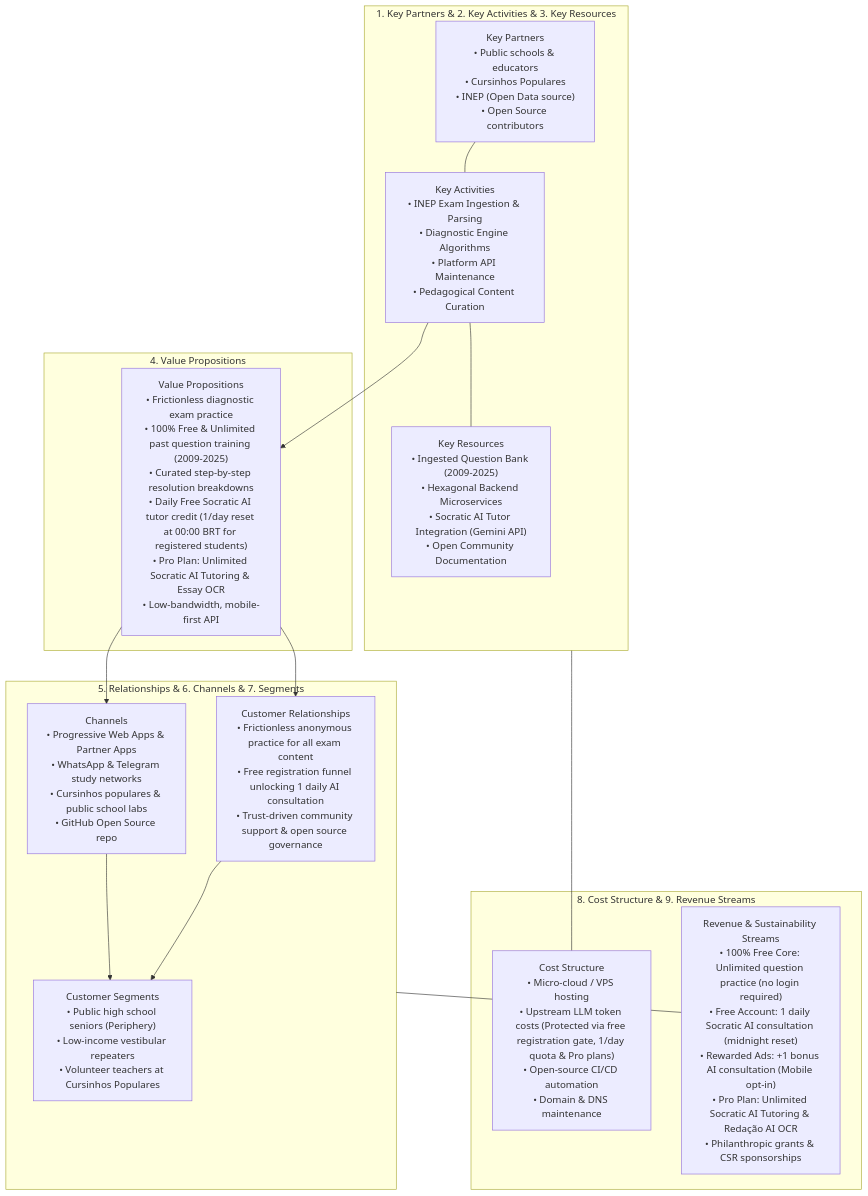
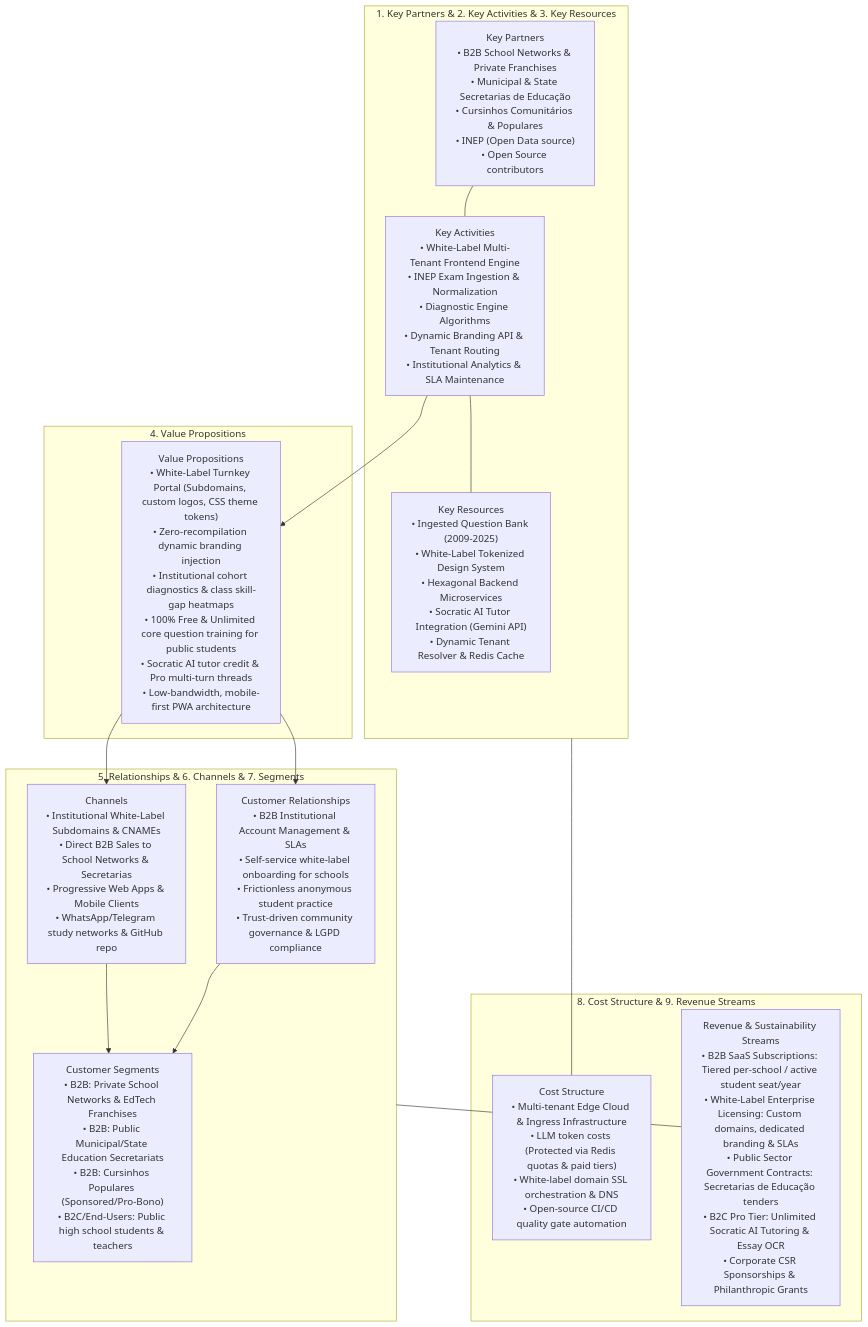
Before and after one commit to Veras-D/AprovaENEM: the first of 2 diagrams in docs/specifications/01-business-and-market-strategy.md, drawn with Mermaid. The commit also changed other lines of this file and 7 other files, not shown here.

Commit message:
docs: update frontend specifications and strategy to white-label B2B architecture

````diff
--- a/docs/specifications/01-business-and-market-strategy.md
+++ b/docs/specifications/01-business-and-market-strategy.md
@@ -19,30 +21,30 @@
 ```mermaid
 flowchart TD
     subgraph Infrastructure ["1. Key Partners & 2. Key Activities & 3. Key Resources"]
-        KP["Key Partners<br/>• Public schools & educators<br/>• Cursinhos Populares<br/>• INEP (Open Data source)<br/>• Open Source contributors"]
-        KA["Key Activities<br/>• INEP Exam Ingestion & Parsing<br/>• Diagnostic Engine Algorithms<br/>• Platform API Maintenance<br/>• Pedagogical Content Curation"]
-        KR["Key Resources<br/>• Ingested Question Bank (2009-2025)<br/>• Hexagonal Backend Microservices<br/>• Socratic AI Tutor Integration (Gemini API)<br/>• Open Community Documentation"]
+        KP["Key Partners<br/>• B2B School Networks & Private Franchises<br/>• Municipal & State Secretarias de Educação<br/>• Cursinhos Comunitários & Populares<br/>• INEP (Open Data source)<br/>• Open Source contributors"]
+        KA["Key Activities<br/>• White-Label Multi-Tenant Frontend Engine<br/>• INEP Exam Ingestion & Normalization<br/>• Diagnostic Engine Algorithms<br/>• Dynamic Branding API & Tenant Routing<br/>• Institutional Analytics & SLA Maintenance"]
+        KR["Key Resources<br/>• Ingested Question Bank (2009-2025)<br/>• White-Label Tokenized Design System<br/>• Hexagonal Backend Microservices<br/>• Socratic AI Tutor Integration (Gemini API)<br/>• Dynamic Tenant Resolver & Redis Cache"]
     end
 
     subgraph Core ["4. Value Propositions"]
-        VP["Value Propositions<br/>• Frictionless diagnostic exam practice<br/>• 100% Free & Unlimited past question training (2009-2025)<br/>• Curated step-by-step resolution breakdowns<br/>• Daily Free Socratic AI tutor credit (1/day reset at 00:00 BRT for registered students)<br/>• Pro Plan: Unlimited Socratic AI Tutoring & Essay OCR<br/>• Low-bandwidth, mobile-first API"]
+        VP["Value Propositions<br/>• White-Label Turnkey Portal (Subdomains, custom logos, CSS theme tokens)<br/>• Zero-recompilation dynamic branding injection<br/>• Institutional cohort diagnostics & class skill-gap heatmaps<br/>• 100% Free & Unlimited core question training for public students<br/>• Socratic AI tutor credit & Pro multi-turn threads<br/>• Low-bandwidth, mobile-first PWA architecture"]
     end
 
     subgraph Market ["5. Relationships & 6. Channels & 7. Segments"]
-        CR["Customer Relationships<br/>• Frictionless anonymous practice for all exam content<br/>• Free registration funnel unlocking 1 daily AI consultation<br/>• Trust-driven community support & open source governance"]
-        CH["Channels<br/>• Progressive Web Apps & Partner Apps<br/>• WhatsApp & Telegram study networks<br/>• Cursinhos populares & public school labs<br/>• GitHub Open Source repo"]
-        CS["Customer Segments<br/>• Public high school seniors (Periphery)<br/>• Low-income vestibular repeaters<br/>• Volunteer teachers at Cursinhos Populares"]
+        CR["Customer Relationships<br/>• B2B Institutional Account Management & SLAs<br/>• Self-service white-label onboarding for schools<br/>• Frictionless anonymous student practice<br/>• Trust-driven community governance & LGPD compliance"]
+        CH["Channels<br/>• Institutional White-Label Subdomains & CNAMEs<br/>• Direct B2B Sales to School Networks & Secretarias<br/>• Progressive Web Apps & Mobile Clients<br/>• WhatsApp/Telegram study networks & GitHub repo"]
+        CS["Customer Segments<br/>• B2B: Private School Networks & EdTech Franchises<br/>• B2B: Public Municipal/State Education Secretariats<br/>• B2B: Cursinhos Populares (Sponsored/Pro-Bono)<br/>• B2C/End-Users: Public high school students & teachers"]
     end
 
     subgraph Finance ["8. Cost Structure & 9. Revenue Streams"]
-        CST["Cost Structure<br/>• Micro-cloud / VPS hosting<br/>• Upstream LLM token costs (Protected via free registration gate, 1/day quota & Pro plans)<br/>• Open-source CI/CD automation<br/>• Domain & DNS maintenance"]
-        REV["Revenue & Sustainability Streams<br/>• 100% Free Core: Unlimited question practice (no login required)<br/>• Free Account: 1 daily Socratic AI consultation (midnight reset)<br/>• Rewarded Ads: +1 bonus AI consultation (Mobile opt-in)<br/>• Pro Plan: Unlimited Socratic AI Tutoring & Redação AI OCR<br/>• Philanthropic grants & CSR sponsorships"]
+        CST["Cost Structure<br/>• Multi-tenant Edge Cloud & Ingress Infrastructure<br/>• LLM token costs (Protected via Redis quotas & paid tiers)<br/>• White-label domain SSL orchestration & DNS<br/>• Open-source CI/CD quality gate automation"]
+        REV["Revenue & Sustainability Streams<br/>• B2B SaaS Subscriptions: Tiered per-school / active student seat/year<br/>• White-Label Enterprise Licensing: Custom domains, dedicated branding & SLAs<br/>• Public Sector Government Contracts: Secretarias de Educação tenders<br/>• B2C Pro Tier: Unlimited Socratic AI Tutoring & Essay OCR<br/>• Corporate CSR Sponsorships & Philanthropic Grants"]
     end
 
     KP --- KA --- KR
     KA --> VP
     VP --> CR & CH
     CR & CH --> CS
     Infrastructure --- CST
     Market --- REV
 ```
````
